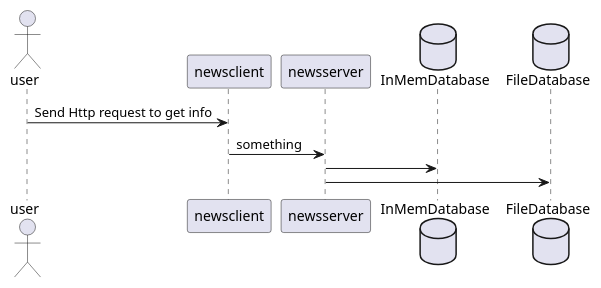
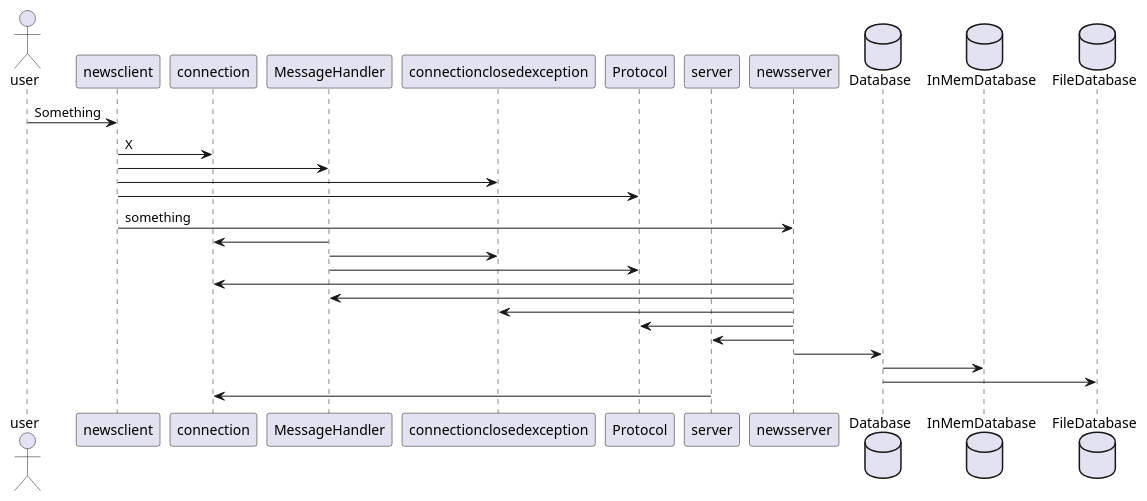
One commit to mikapersson/ANewsSystemImplementation changed the diagram in client_server_uml.wsd. Above: the diagram before and after it, drawn with PlantUML.

Commit message:
uml-structure finished?

```diff
--- a/client_server_uml.wsd
+++ b/client_server_uml.wsd
@@ -1,13 +1,42 @@
-@startuml
+@startuml A Newsserver Implementation
+
 actor user
+
 participant newsclient
+participant connection
+participant MessageHandler
+participant connectionclosedexception
+participant Protocol 
+participant server
 participant newsserver
+
+database Database
 database InMemDatabase
 database FileDatabase 
 
-user -> newsclient: Send Http request to get info
+
+user -> newsclient: Something
+
+newsclient -> connection: X
+newsclient -> MessageHandler
+newsclient -> connectionclosedexception
+newsclient -> Protocol
 newsclient -> newsserver: something
-newsserver -> InMemDatabase
-newsserver -> FileDatabase
+
+MessageHandler -> connection
+MessageHandler -> connectionclosedexception
+MessageHandler -> Protocol
+
+newsserver -> connection
+newsserver -> MessageHandler
+newsserver -> connectionclosedexception
+newsserver -> Protocol
+newsserver -> server
+newsserver -> Database
+
+Database -> InMemDatabase
+Database -> FileDatabase
+
+server -> connection
 
 @enduml
```
